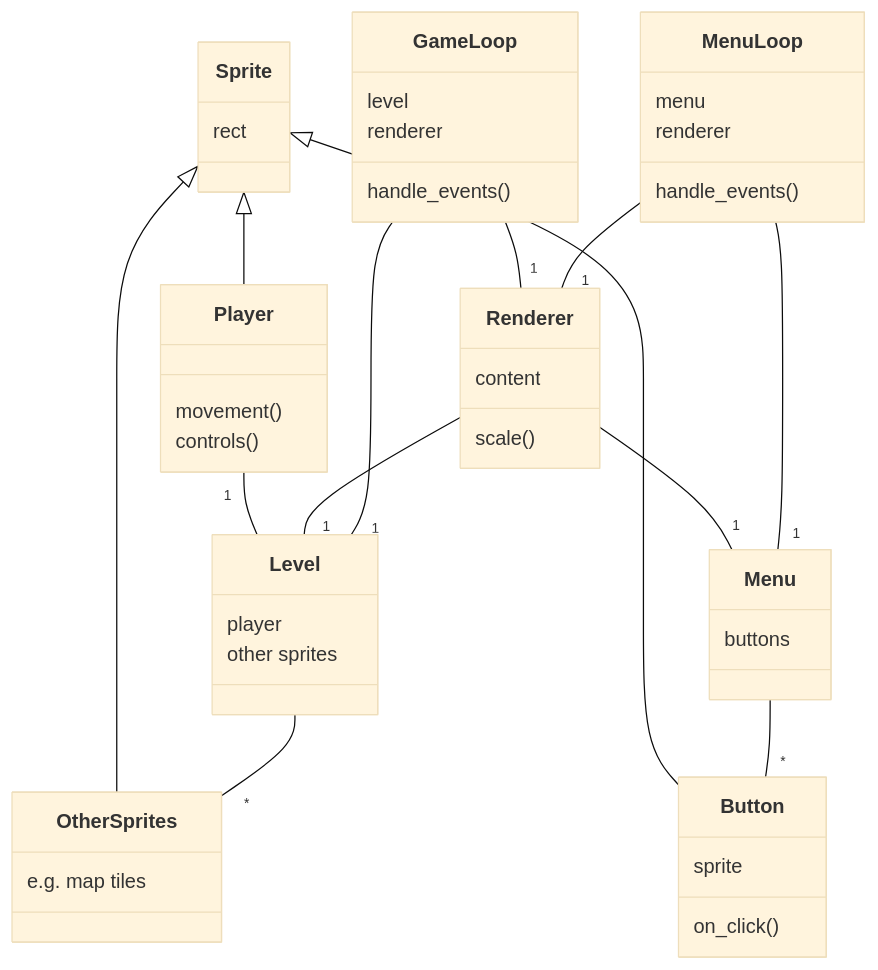
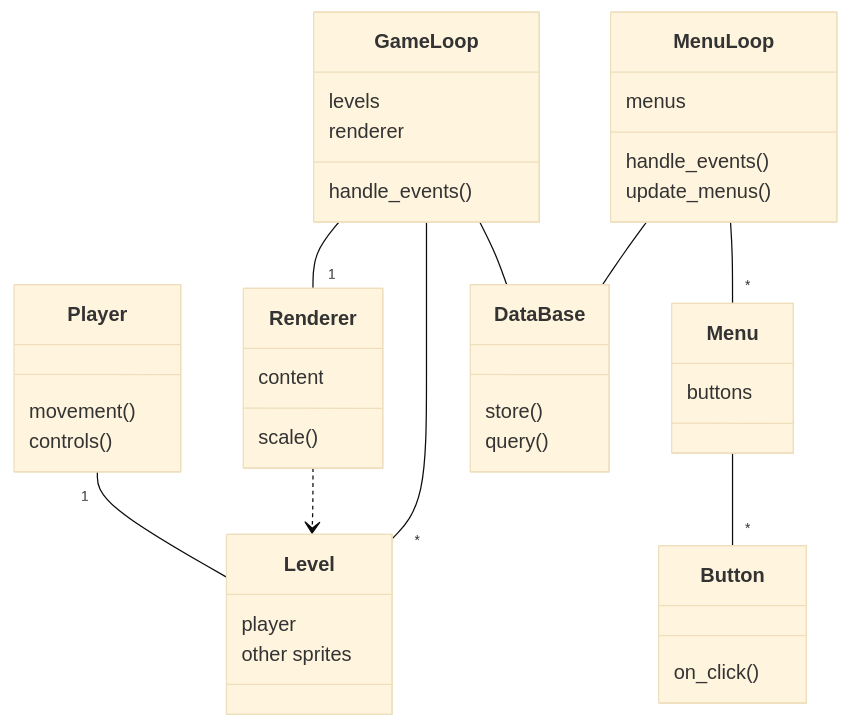
The diagram in documentation/architecture.md (eemilhaa/ot-harjoitustyo), drawn with Mermaid (base theme) before and after one commit. The commit also changed other lines of this file, not shown here.

Commit message:
update class diagram and class descriptions

````diff
--- a/documentation/architecture.md
+++ b/documentation/architecture.md
@@ -5,52 +6,47 @@
 ```mermaid
 classDiagram
-  class Sprite{
-    rect
-  }
   class Player{
     movement()
     controls()
   }
   class Level{
     player
     other sprites
   }
-  class OtherSprites{
-    e.g. map tiles
-  }
   class Renderer{
     content
     scale()
   }
   class GameLoop{
-    level
+    levels
     renderer
     handle_events()
   }
   class Button{
-    sprite
     on_click()
   }
   class Menu{
     buttons
   }
   class MenuLoop{
-    menu
-    renderer
+    menus
     handle_events()
+    update_menus()
   }
-  Sprite <|-- Player
-  Sprite <|-- Button
-  Sprite <|-- OtherSprites
+  class DataBase{
+    store()
+    query()
+  }
+  
   
   
   Player "1"-- Level
-  Level --"*" OtherSprites
-  Renderer --"1" Level
-  GameLoop --"1" Level
+  Renderer ..> Level
+  GameLoop --"*" Level
   GameLoop --"1" Renderer
+  GameLoop -- DataBase
   Menu --"*" Button
-  Renderer --"1" Menu
-  MenuLoop --"1" Menu
-  MenuLoop --"1" Renderer
+  MenuLoop --"*" Menu
+  MenuLoop -- DataBase
+  
 ```
````
